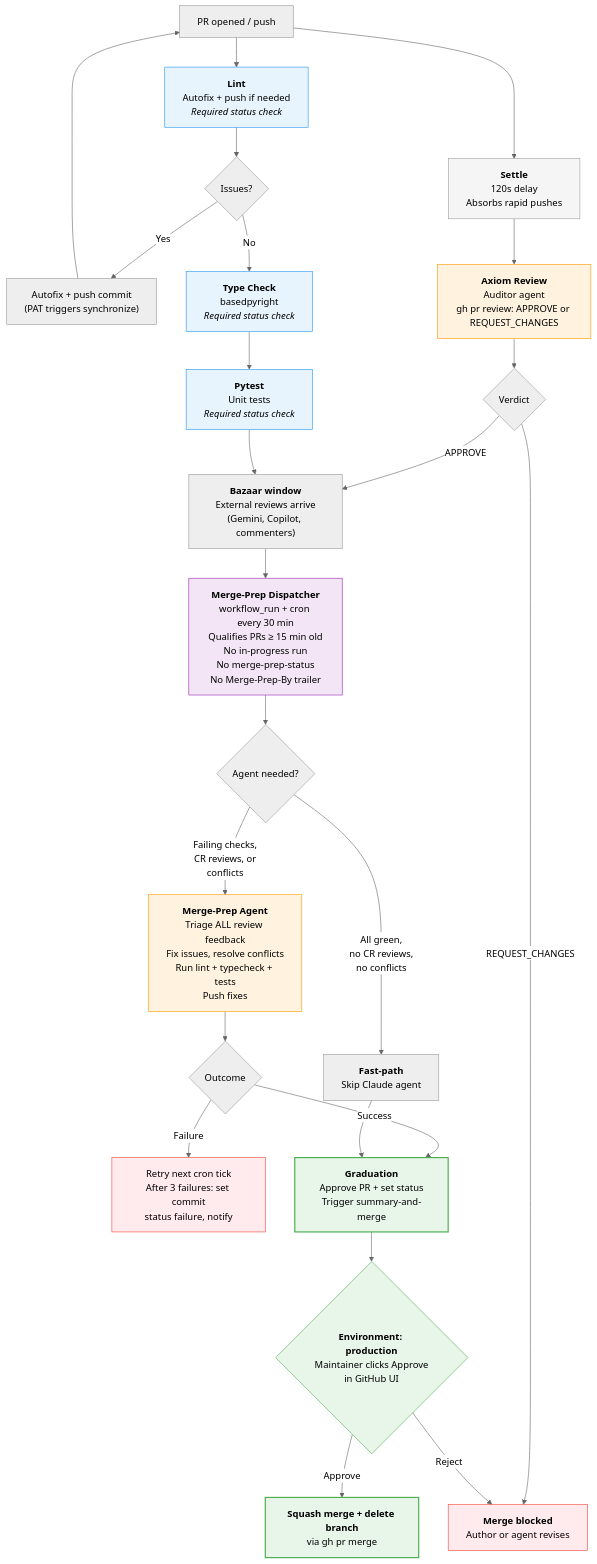
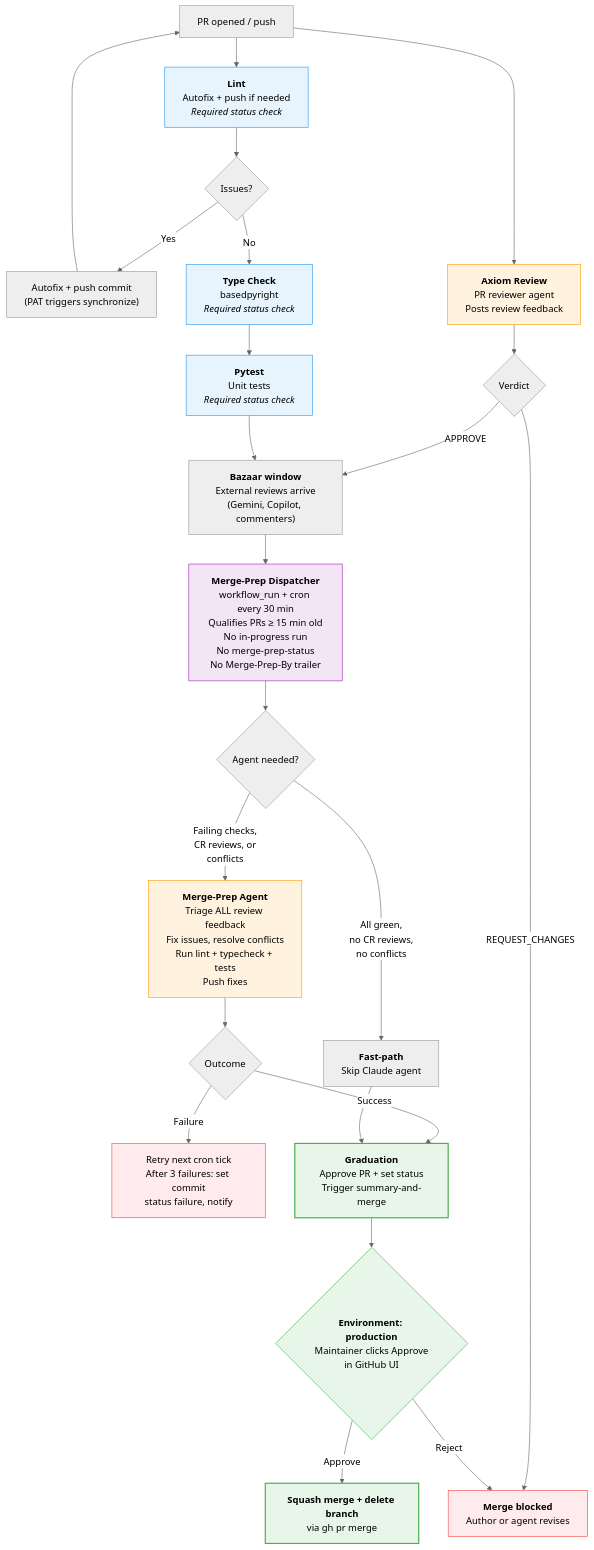
Before and after one commit to nicsuzor/academicOps: the diagram in specs/pr-pipeline.md, drawn with Mermaid (neutral theme). The commit also changed other lines of this file and 3 other files, not shown here.

First line of the commit message:
fix: pr-review.yml handles pull_request events correctly + clean up orphans

````diff
--- a/specs/pr-pipeline.md
+++ b/specs/pr-pipeline.md
@@ -44,65 +45,61 @@
 ```mermaid
 flowchart TD
     PR["PR opened / push"]
 
     %% CI Pipeline (sequential)
     PR --> Lint["<b>Lint</b><br/>Autofix + push if needed<br/><i>Required status check</i>"]
 
     Lint --> LintFix{Issues?}
     LintFix -- Yes --> AutoFix["Autofix + push commit<br/>(PAT triggers synchronize)"]
     AutoFix --> PR
     LintFix -- No --> TC["<b>Type Check</b><br/>basedpyright<br/><i>Required status check</i>"]
 
     TC --> Test["<b>Pytest</b><br/>Unit tests<br/><i>Required status check</i>"]
 
     %% Axiom Review (independent workflow)
-    PR --> Settle["<b>Settle</b><br/>120s delay<br/>Absorbs rapid pushes"]
-    Settle --> AR["<b>Axiom Review</b><br/>Auditor agent<br/>gh pr review: APPROVE or REQUEST_CHANGES"]
+    PR --> AR["<b>Axiom Review</b><br/>PR reviewer agent<br/>Posts review feedback"]
 
     AR --> ARV{Verdict}
     ARV -- REQUEST_CHANGES --> Blocked["<b>Merge blocked</b><br/>Author or agent revises"]
     ARV -- APPROVE --> Phase2
 
     Test --> Phase2["<b>Bazaar window</b><br/>External reviews arrive<br/>(Gemini, Copilot, commenters)"]
 
     %% Phase 2: Cron — no human trigger needed
     Phase2 --> Cron
 
     Cron["<b>Merge-Prep Dispatcher</b><br/>workflow_run + cron every 30 min<br/>Qualifies PRs ≥ 15 min old<br/>No in-progress run<br/>No merge-prep-status<br/>No Merge-Prep-By trailer"]
 
     Cron --> MPCheck{Agent needed?}
     MPCheck -- "All green,<br/>no CR reviews,<br/>no conflicts" --> FastPath["<b>Fast-path</b><br/>Skip Claude agent"]
     MPCheck -- "Failing checks,<br/>CR reviews, or<br/>conflicts" --> MP["<b>Merge-Prep Agent</b><br/>Triage ALL review feedback<br/>Fix issues, resolve conflicts<br/>Run lint + typecheck + tests<br/>Push fixes"]
 
     MP --> MPV{Outcome}
     MPV -- Failure --> RetryOrEscalate["Retry next cron tick<br/>After 3 failures: set commit<br/>status failure, notify"]
     MPV -- Success --> Graduate
     FastPath --> Graduate
 
     Graduate["<b>Graduation</b><br/>Approve PR + set status<br/>Trigger summary-and-merge"]
 
     %% Phase 3: Environment gate
     Graduate --> EnvGate{"<b>Environment: production</b><br/>Maintainer clicks Approve<br/>in GitHub UI"}
     EnvGate -- "Approve" --> Merge
     EnvGate -- "Reject" --> Blocked
 
     %% Phase 4: Merge
     Merge["<b>Squash merge + delete branch</b><br/>via gh pr merge"]
 
     %% Styling
     classDef check fill:#e8f4fd,stroke:#2196f3
     classDef agent fill:#fff3e0,stroke:#ff9800
     classDef human fill:#e8f5e9,stroke:#4caf50
     classDef success fill:#e8f5e9,stroke:#4caf50,stroke-width:2px
     classDef fail fill:#ffebee,stroke:#f44336
     classDef cron fill:#f3e5f5,stroke:#9c27b0
-    classDef settle fill:#f5f5f5,stroke:#9e9e9e
-
     class Lint,TC,Test check
     class AR,MP,AgentFix agent
     class EnvGate human
     class Merge,Graduate success
     class Blocked,RetryOrEscalate fail
     class Cron cron
-    class Settle settle
 ```
````
